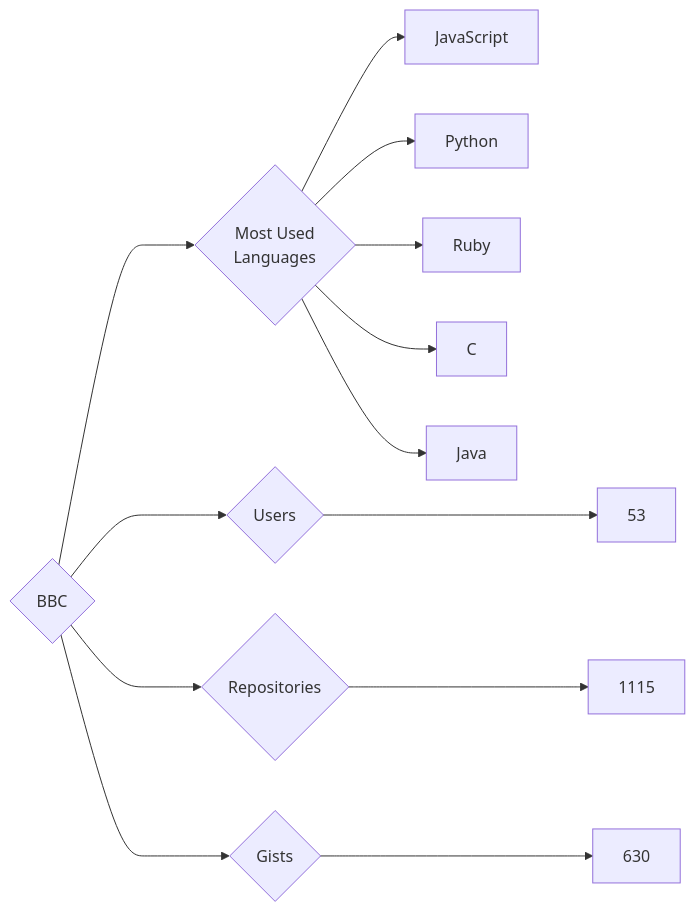
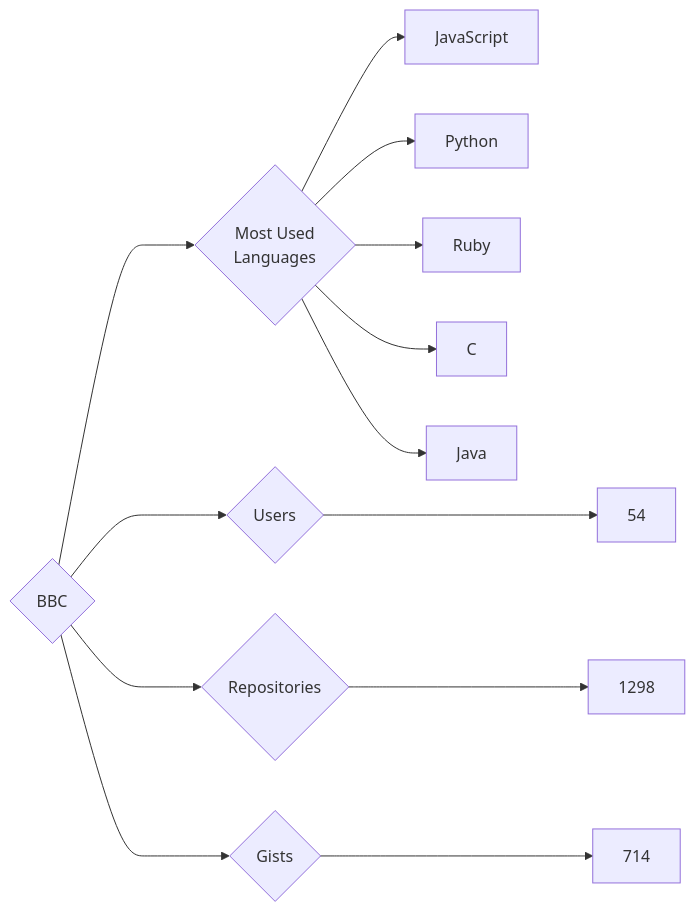
Before and after one commit to trickest/insiders: the diagram in targets/BBC/README.md, drawn with Mermaid. The commit also changed 874 other files, not shown here.

````diff
--- a/targets/BBC/README.md
+++ b/targets/BBC/README.md
@@ -3,13 +3,13 @@
 ```mermaid
 graph LR
 COMPANY_NAME{BBC}
-COMPANY_NAME ---> U{Users} ---> UN[53]
-COMPANY_NAME ---> R{Repositories} ---> RN[1115]
-COMPANY_NAME ---> G{Gists} ---> GN[630]
+COMPANY_NAME ---> U{Users} ---> UN[54]
+COMPANY_NAME ---> R{Repositories} ---> RN[1298]
+COMPANY_NAME ---> G{Gists} ---> GN[714]
 COMPANY_NAME ---> ML{Most Used<br>Languages}
 ML --> JavaScript[JavaScript]
 ML --> Python[Python]
 ML --> Ruby[Ruby]
 ML --> C[C]
 ML --> Java[Java]
 ```
````
